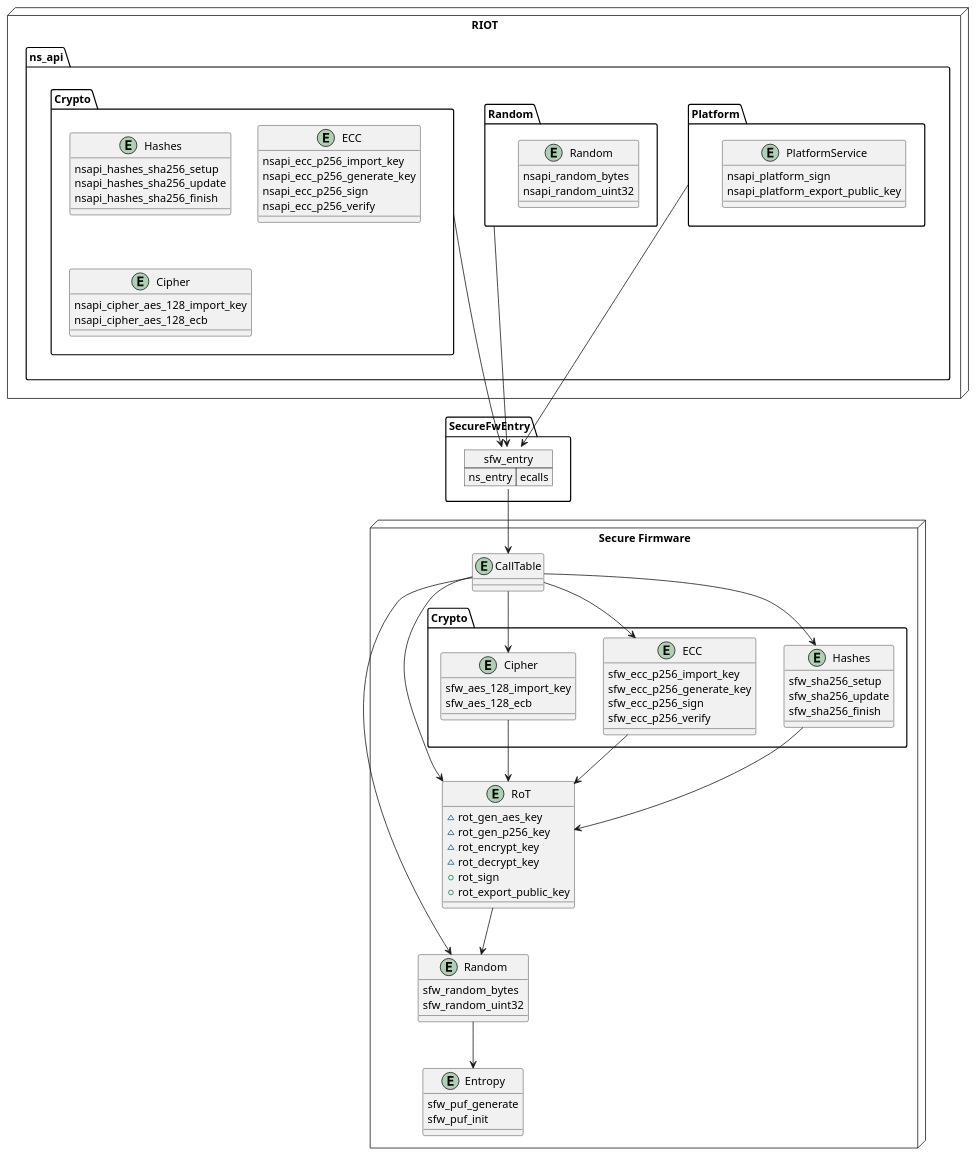
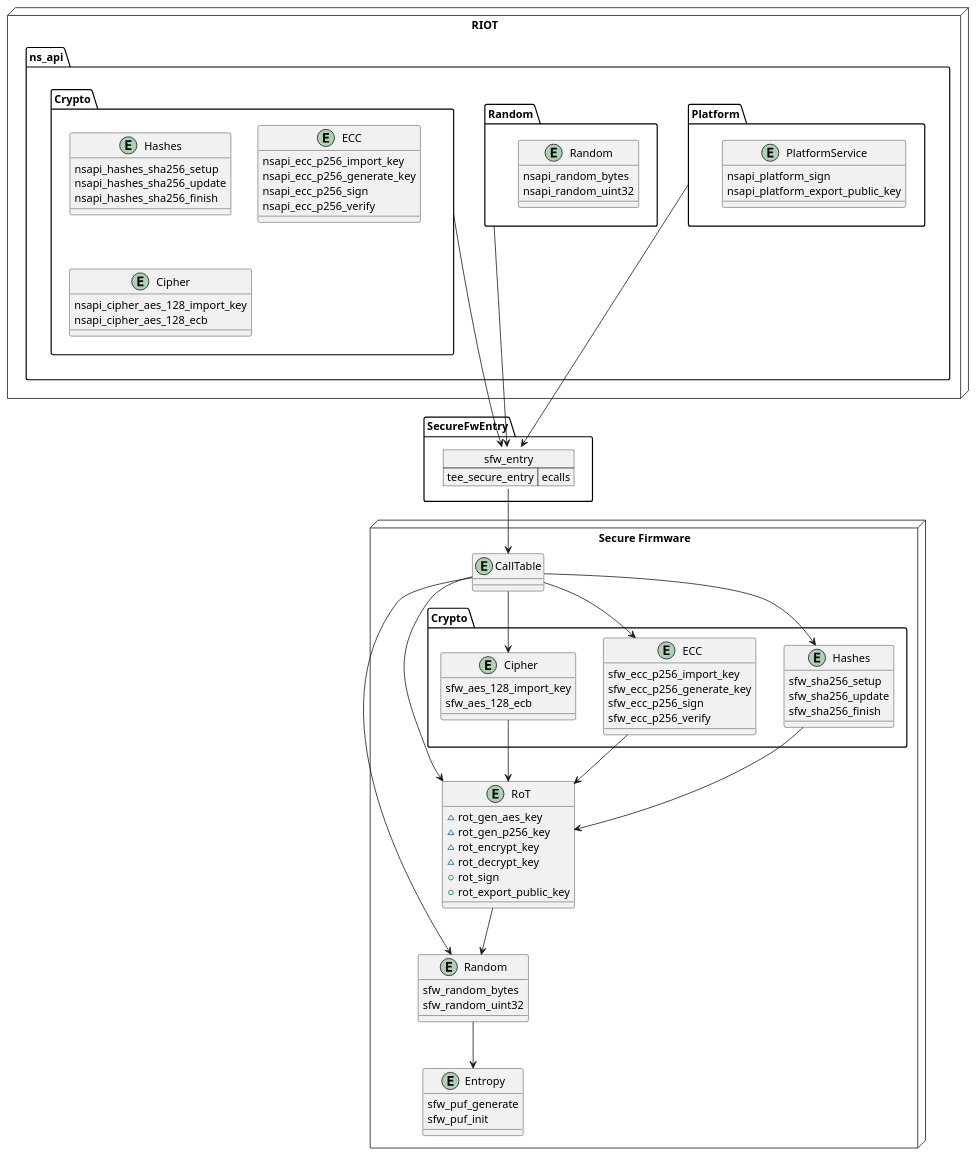
The diagram in design/integration.puml (Einhornhool/riot-tee), drawn with PlantUML before and after one commit. The commit also changed 2 other files, not shown here.

Commit message:
design: Update diagram

```diff
--- a/design/integration.puml
+++ b/design/integration.puml
@@ -1,105 +1,105 @@
 @startuml
 
 node "RIOT" {
     package ns_api {
         package Crypto {
             entity Hashes {
                 nsapi_hashes_sha256_setup
                 nsapi_hashes_sha256_update
                 nsapi_hashes_sha256_finish
             }
             entity ECC {
                 nsapi_ecc_p256_import_key
                 nsapi_ecc_p256_generate_key
                 nsapi_ecc_p256_sign
                 nsapi_ecc_p256_verify
             }
             entity Cipher {
                 nsapi_cipher_aes_128_import_key
                 nsapi_cipher_aes_128_ecb
             }
         }
 
         package Random {
             entity Random {
                 nsapi_random_bytes
                 nsapi_random_uint32
             }
         }
 
         package Platform {
             entity PlatformService {
                 nsapi_platform_sign
                 nsapi_platform_export_public_key
             }
         }
     }
 }
 package SecureFwEntry {
     map sfw_entry {
-        ns_entry => ecalls
+        tee_secure_entry => ecalls
     }
 }
 
 node "Secure Firmware" {
     entity CallTable {}
     SecureFwEntry.sfw_entry --> CallTable
 
     package Crypto {
         entity Hashes {
             sfw_sha256_setup
             sfw_sha256_update
             sfw_sha256_finish
         }
         entity ECC {
             sfw_ecc_p256_import_key
             sfw_ecc_p256_generate_key
             sfw_ecc_p256_sign
             sfw_ecc_p256_verify
         }
         entity Cipher {
             sfw_aes_128_import_key
             sfw_aes_128_ecb
         }
         CallTable --> Hashes
         CallTable --> ECC
         CallTable --> Cipher
     }
 
     entity Entropy {
         sfw_puf_generate
         sfw_puf_init
     }
 
     entity Random {
         sfw_random_bytes
         sfw_random_uint32
     }
     CallTable --> Random
     Random --> Entropy
 
     entity RoT {
         ~rot_gen_aes_key
         ~rot_gen_p256_key
         ~rot_encrypt_key
         ~rot_decrypt_key
         +rot_sign
         +rot_export_public_key
     }
 
     Crypto.Hashes --> RoT
     Crypto.ECC --> RoT
     Crypto.Cipher --> RoT
     CallTable --> RoT
 
     RoT --> Random
 }
 
 RIOT.ns_api.Crypto ---> SecureFwEntry.sfw_entry
 RIOT.ns_api.Random ---> SecureFwEntry.sfw_entry
 RIOT.ns_api.Platform ---> SecureFwEntry.sfw_entry
 
 
 
 
 @enduml
```
